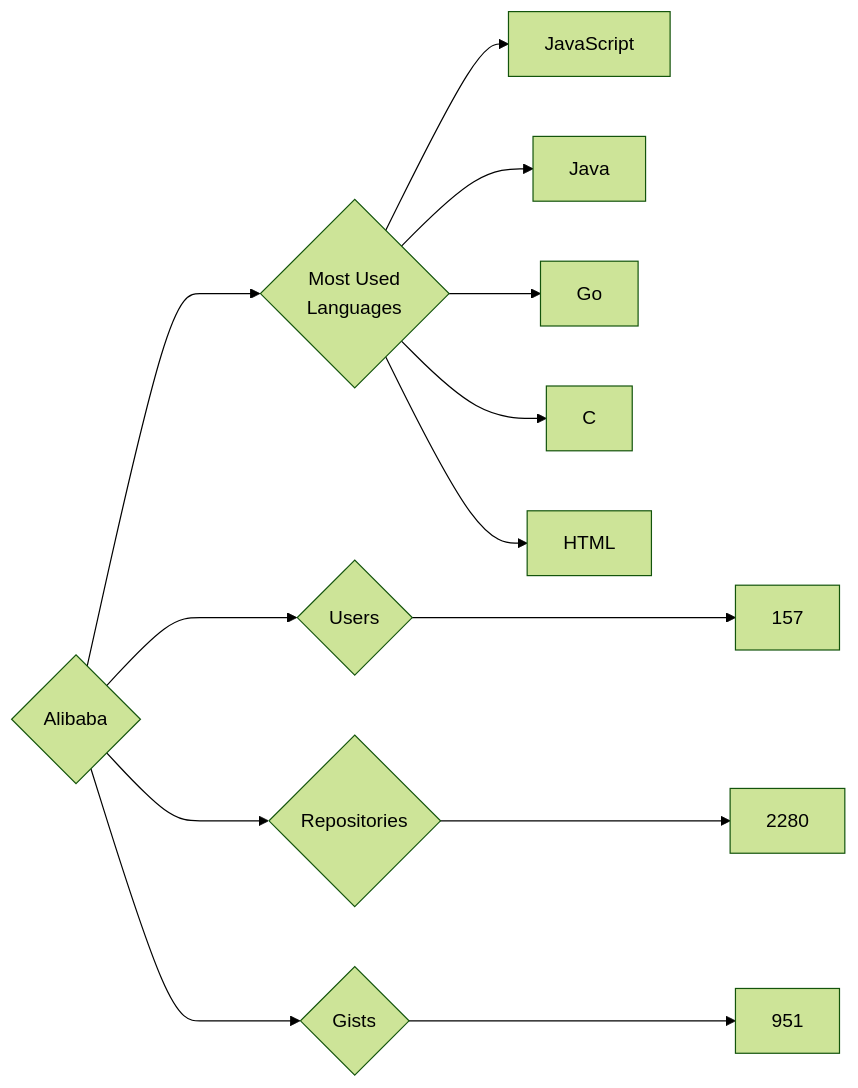
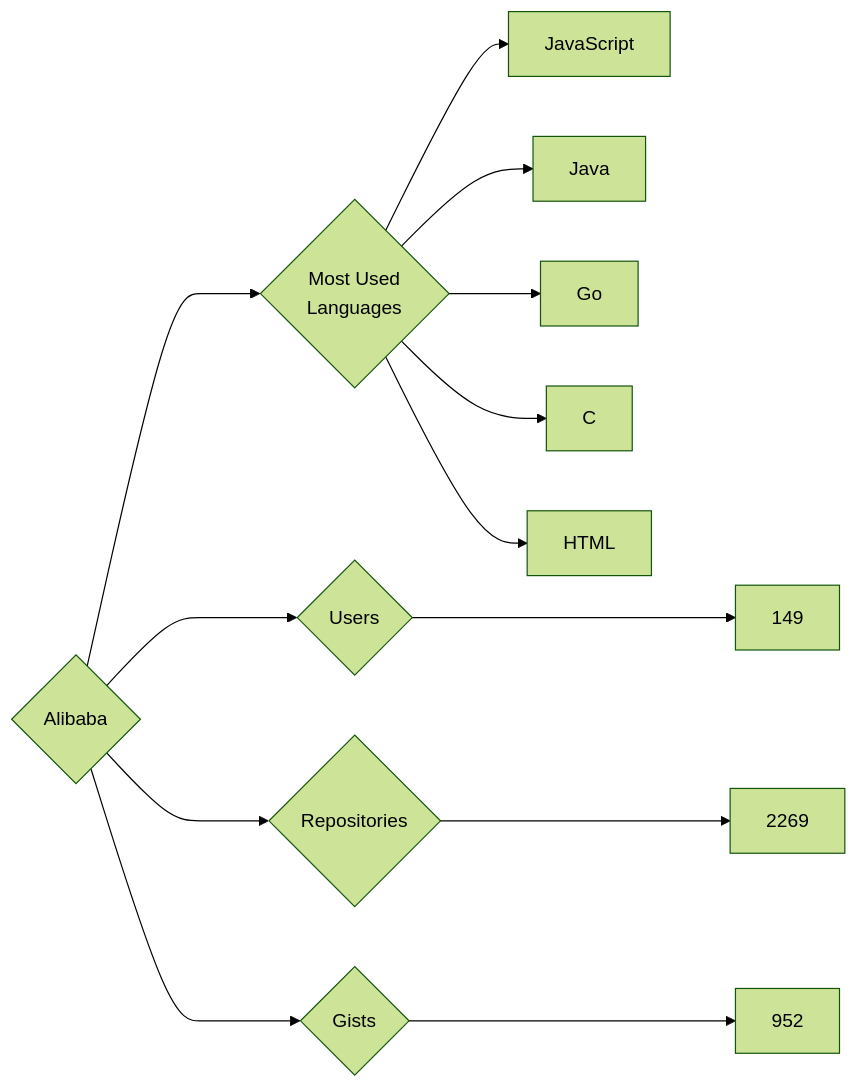
One commit to trickest/insiders changed the diagram in targets/Alibaba/README.md. Above: the diagram before and after it, drawn with Mermaid (forest theme). The commit also changed 772 other files, not shown here.

````diff
--- a/targets/Alibaba/README.md
+++ b/targets/Alibaba/README.md
@@ -3,13 +3,13 @@
 ```mermaid
 graph LR
 COMPANY_NAME{Alibaba}
-COMPANY_NAME ---> U{Users} ---> UN[157]
-COMPANY_NAME ---> R{Repositories} ---> RN[2280]
-COMPANY_NAME ---> G{Gists} ---> GN[951]
+COMPANY_NAME ---> U{Users} ---> UN[149]
+COMPANY_NAME ---> R{Repositories} ---> RN[2269]
+COMPANY_NAME ---> G{Gists} ---> GN[952]
 COMPANY_NAME ---> ML{Most Used<br>Languages}
 ML --> JavaScript[JavaScript]
 ML --> Java[Java]
 ML --> Go[Go]
 ML --> C[C]
 ML --> HTML[HTML]
 ```
````
